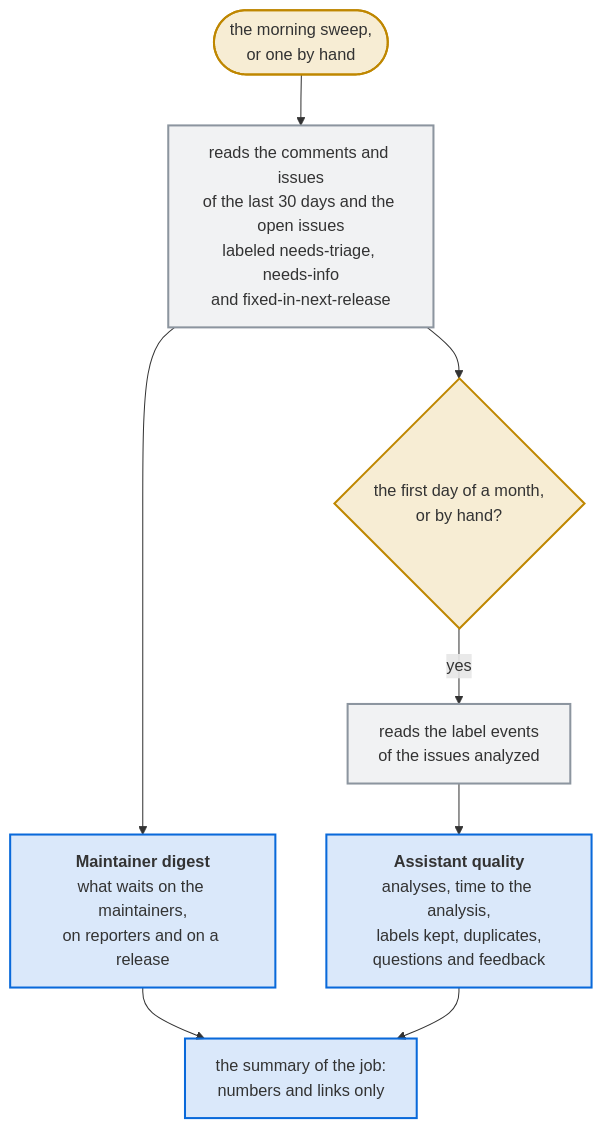
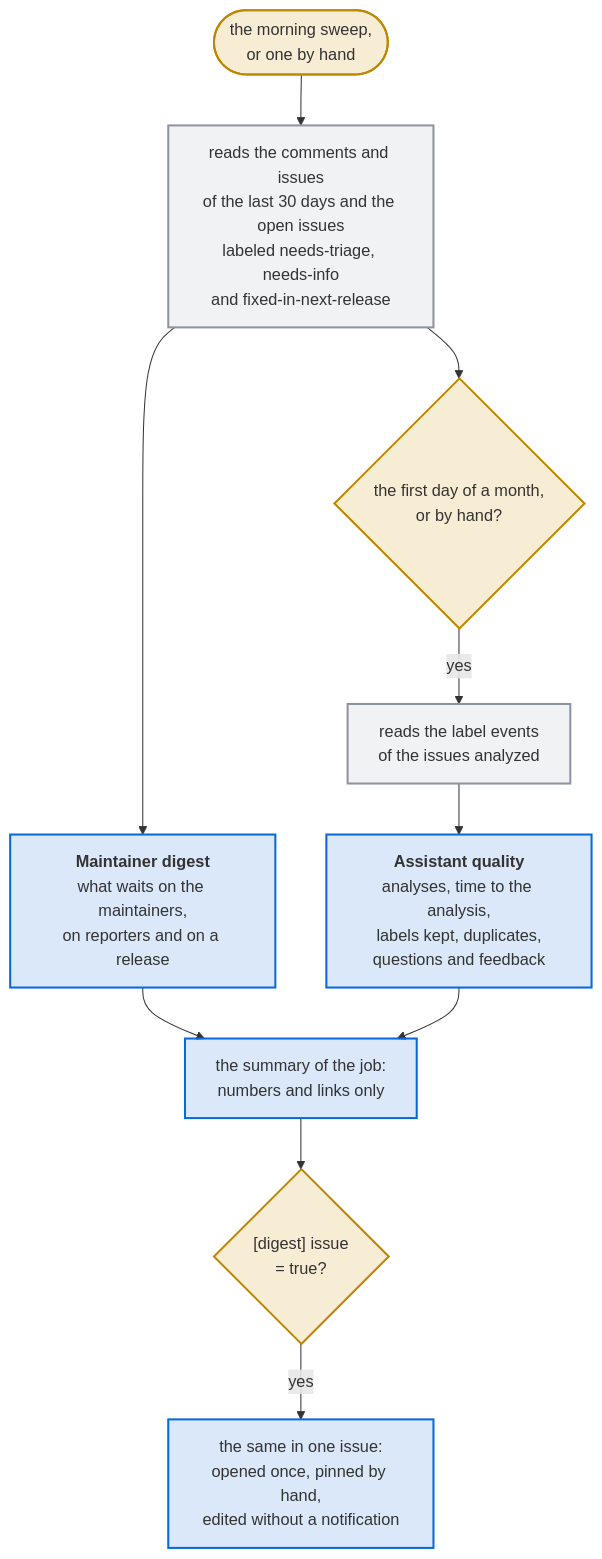
One commit to Dennis-Otto/issue-assistant changed the diagram in docs/diagrams/what-the-morning-sweep-tells-the-maintainers.mmd. Above: the diagram before and after it, drawn with Mermaid. The commit also changed 23 other files, not shown here.

First line of the commit message:
feat: an optional pinned issue that shows the maintainer digest (#223)

```diff
--- a/docs/diagrams/what-the-morning-sweep-tells-the-maintainers.mmd
+++ b/docs/diagrams/what-the-morning-sweep-tells-the-maintainers.mmd
@@ -1,18 +1,20 @@
 flowchart TB
   accTitle: What the morning sweep tells the maintainers
-  accDescr: After its steps, the morning sweep, or one started by hand, reads the comments and issues of the last 30 days and the open issues labeled needs-triage, needs-info and fixed-in-next-release. Its summary lists the issues that wait on the maintainers, those that wait on their reporters with the day of the reminder or the closing, and the fixed ones that wait for a release. On the first day of a month, and in a sweep started by hand, it reads the label events of the issues analyzed in those 30 days and adds the numbers of the assistant's quality. The summary holds numbers and links only, never the text of an issue.
+  accDescr: After its steps, the morning sweep, or one started by hand, reads the comments and issues of the last 30 days and the open issues labeled needs-triage, needs-info and fixed-in-next-release. Its summary lists the issues that wait on the maintainers, those that wait on their reporters with the day of the reminder or the closing, and the fixed ones that wait for a release. On the first day of a month, and in a sweep started by hand, it reads the label events of the issues analyzed in those 30 days and adds the numbers of the assistant's quality. The summary holds numbers and links only, never the text of an issue. With the setting issue of the section digest, the sweep keeps the same in one issue, which it opens once and edits after that.
   sweep(["the morning sweep,<br>or one by hand"]) --> reads["reads the comments and issues<br>of the last 30 days and the open issues<br>labeled needs-triage, needs-info<br>and fixed-in-next-release"]
   reads --> digest["`**Maintainer digest**<br>what waits on the maintainers,<br>on reporters and on a release`"]
   reads --> monthly{"the first day of a month,<br>or by hand?"}
   monthly -- "yes" --> events["reads the label events<br>of the issues analyzed"]
   events --> quality["`**Assistant quality**<br>analyses, time to the analysis,<br>labels kept, duplicates,<br>questions and feedback`"]
   digest --> summary["the summary of the job:<br>numbers and links only"]
   quality --> summary
+  summary --> asked{"[digest] issue<br>= true?"}
+  asked -- "yes" --> issue["the same in one issue:<br>opened once, pinned by hand,<br>edited without a notification"]
   classDef trigger fill:#d4a72c33,stroke:#bf8700,stroke-width:2px
   classDef question fill:#d4a72c33,stroke:#bf8700,stroke-width:2px
   classDef job fill:#8c959f1f,stroke:#8c959f,stroke-width:2px
   classDef person fill:#0969da26,stroke:#0969da,stroke-width:2px
   class sweep trigger
-  class monthly question
+  class monthly,asked question
   class reads,events job
-  class digest,quality,summary person
+  class digest,quality,summary,issue person
```
